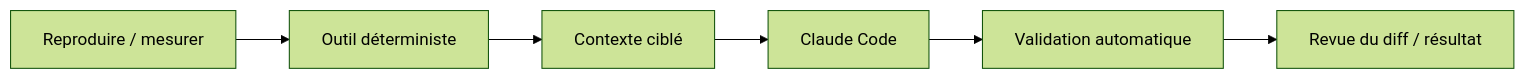
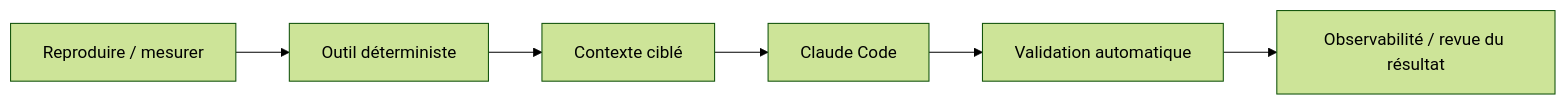
The diagram in docs/chapitre-13-outils-economies/index.md (FTurleque/doc-utilisation-ia), drawn with Mermaid (forest theme) before and after one commit. The commit also changed other lines of this file, not shown here.

````diff
--- a/docs/chapitre-13-outils-economies/index.md
+++ b/docs/chapitre-13-outils-economies/index.md
@@ -208,8 +277,8 @@
 ```mermaid
 graph LR
     A["Reproduire / mesurer"] --> B["Outil déterministe"]
     B --> C["Contexte ciblé"]
     C --> D["Claude Code"]
     D --> E["Validation automatique"]
-    E --> F["Revue du diff / résultat"]
+    E --> F["Observabilité / revue du résultat"]
 ```
````
